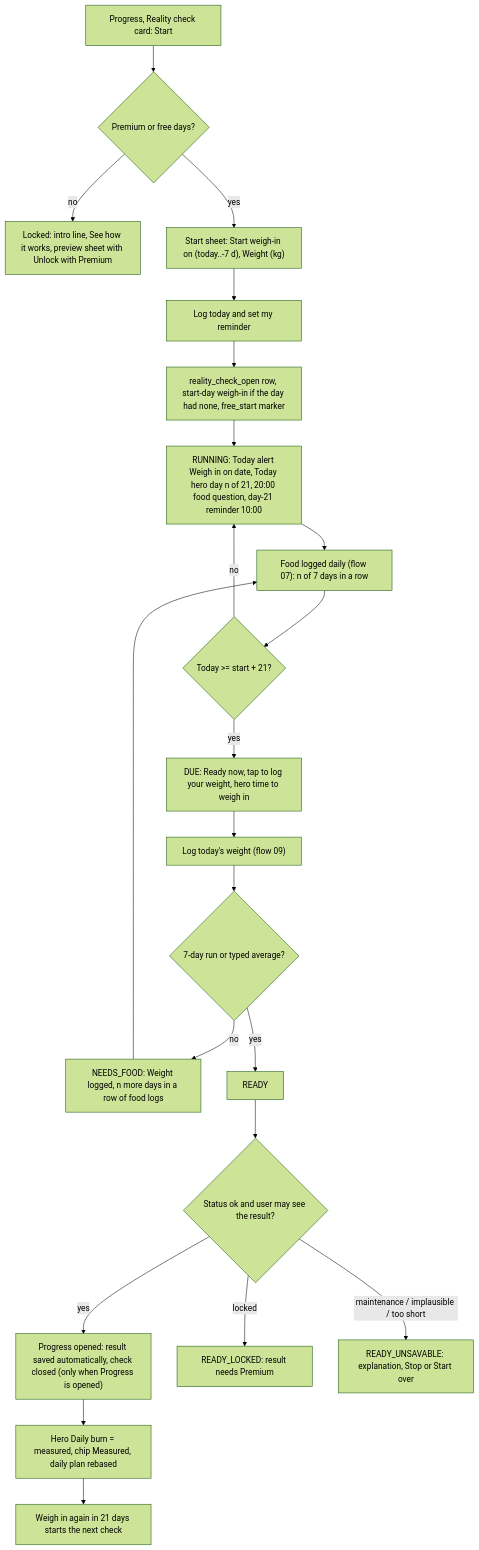
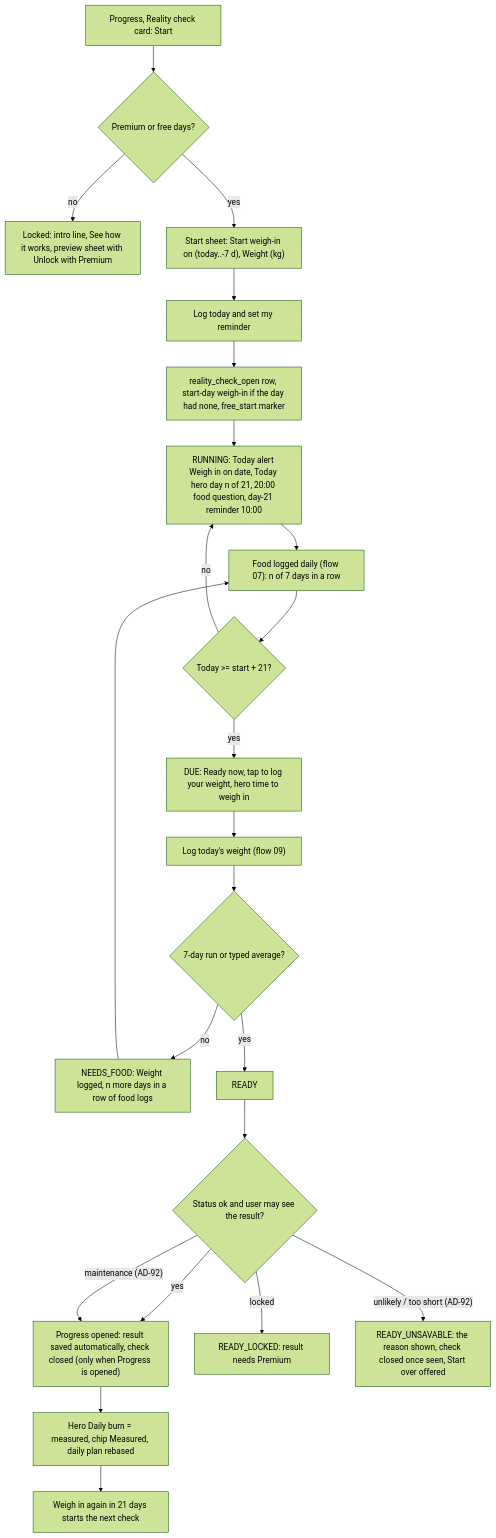
One commit to evandroviskis/dosetrace changed the first of 4 diagrams in docs/product/flows/08-reality-check.md. Above: the diagram before and after it, drawn with Mermaid (forest theme). The commit also changed other lines of this file and 22 other files, not shown here.

Commit message:
docs/product: founder answers of 2026-10-15 applied (0 OPEN; AD-77..AD-109; DL-102..108; DV targets 1.3.0 / 1.3.1; sign-out never blocked); 120 diagrams render

````diff
--- a/docs/product/flows/08-reality-check.md
+++ b/docs/product/flows/08-reality-check.md
@@ -51,24 +51,25 @@
 ```mermaid
 flowchart TD
   A["Progress, Reality check card: Start"] --> B{"Premium or free days?"}
   B -->|no| B2["Locked: intro line, See how it works, preview sheet with Unlock with Premium"]
   B -->|yes| C["Start sheet: Start weigh-in on (today..-7 d), Weight (kg)"]
   C --> D["Log today and set my reminder"]
   D --> E["reality_check_open row, start-day weigh-in if the day had none, free_start marker"]
   E --> F["RUNNING: Today alert Weigh in on date, Today hero day n of 21, 20:00 food question, day-21 reminder 10:00"]
   F --> G["Food logged daily (flow 07): n of 7 days in a row"]
   G --> H{"Today >= start + 21?"}
   H -->|no| F
   H -->|yes| I["DUE: Ready now, tap to log your weight, hero time to weigh in"]
   I --> J["Log today's weight (flow 09)"]
   J --> K{"7-day run or typed average?"}
   K -->|no| L["NEEDS_FOOD: Weight logged, n more days in a row of food logs"]
   L --> G
   K -->|yes| M["READY"]
   M --> N{"Status ok and user may see the result?"}
   N -->|yes| O["Progress opened: result saved automatically, check closed (only when Progress is opened)"]
   N -->|locked| P["READY_LOCKED: result needs Premium"]
-  N -->|maintenance / implausible / too short| Q["READY_UNSAVABLE: explanation, Stop or Start over"]
+  N -->|"maintenance (AD-92)"| O
+  N -->|"unlikely / too short (AD-92)"| Q["READY_UNSAVABLE: the reason shown, check closed once seen, Start over offered"]
   O --> R["Hero Daily burn = measured, chip Measured, daily plan rebased"]
   R --> S["Weigh in again in 21 days starts the next check"]
 ```
````
